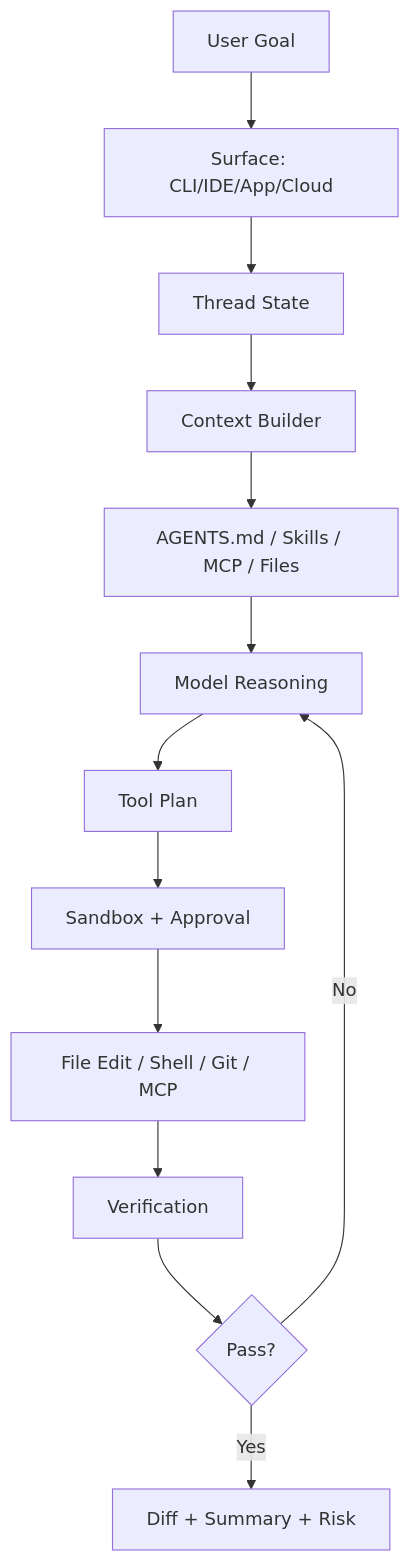
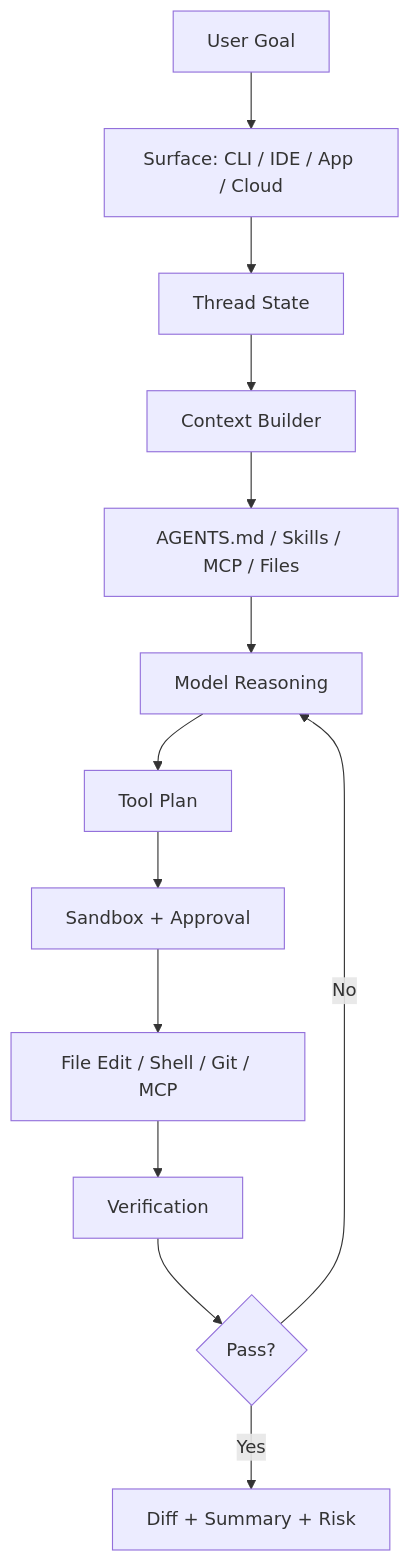
Before and after one commit to GuoWWWX/knowledge-base: the second of 2 diagrams in 10-AI应用开发/09-标杆产品拆解/Codex/02-Codex一次任务执行全链路.md, drawn with Mermaid. The commit also changed other lines of this file and 251 other files, not shown here.

````diff
--- a/10-AI应用开发/09-标杆产品拆解/Codex/02-Codex一次任务执行全链路.md
+++ b/10-AI应用开发/09-标杆产品拆解/Codex/02-Codex一次任务执行全链路.md
@@ -132,15 +132,15 @@
 ```mermaid
 flowchart TD
-    A[User Goal] --> B[Surface: CLI/IDE/App/Cloud]
-    B --> C[Thread State]
-    C --> D[Context Builder]
-    D --> E[AGENTS.md / Skills / MCP / Files]
-    E --> F[Model Reasoning]
-    F --> G[Tool Plan]
-    G --> H[Sandbox + Approval]
-    H --> I[File Edit / Shell / Git / MCP]
-    I --> J[Verification]
-    J --> K{Pass?}
+    A["User Goal"] --> B["Surface: CLI / IDE / App / Cloud"]
+    B --> C["Thread State"]
+    C --> D["Context Builder"]
+    D --> E["AGENTS.md / Skills / MCP / Files"]
+    E --> F["Model Reasoning"]
+    F --> G["Tool Plan"]
+    G --> H["Sandbox + Approval"]
+    H --> I["File Edit / Shell / Git / MCP"]
+    I --> J["Verification"]
+    J --> K{"Pass?"}
     K -->|No| F
-    K -->|Yes| L[Diff + Summary + Risk]
+    K -->|Yes| L["Diff + Summary + Risk"]
 ```
````
